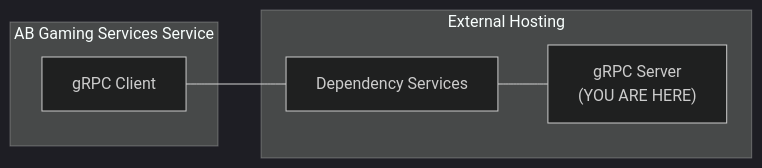
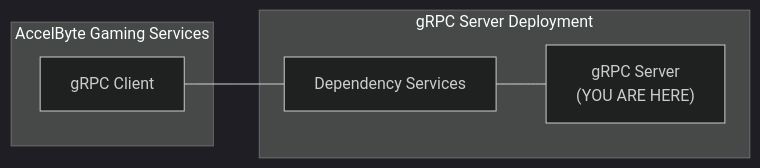
The diagram in README.md (AccelByte/rotating-shop-items-grpc-plugin-server-java), drawn with Mermaid (dark theme) before and after one commit. The commit also changed other lines of this file, not shown here.

````diff
--- a/README.md
+++ b/README.md
@@ -7,12 +3,12 @@
 ```mermaid
 flowchart LR
-   subgraph AB Gaming Services Service
+   subgraph AccelByte Gaming Services
    CL[gRPC Client]
    end
-   subgraph External Hosting
+   subgraph gRPC Server Deployment
    SV["gRPC Server\n(YOU ARE HERE)"]
    DS[Dependency Services]
    CL --- DS
    end
    DS --- SV
 ```
````
